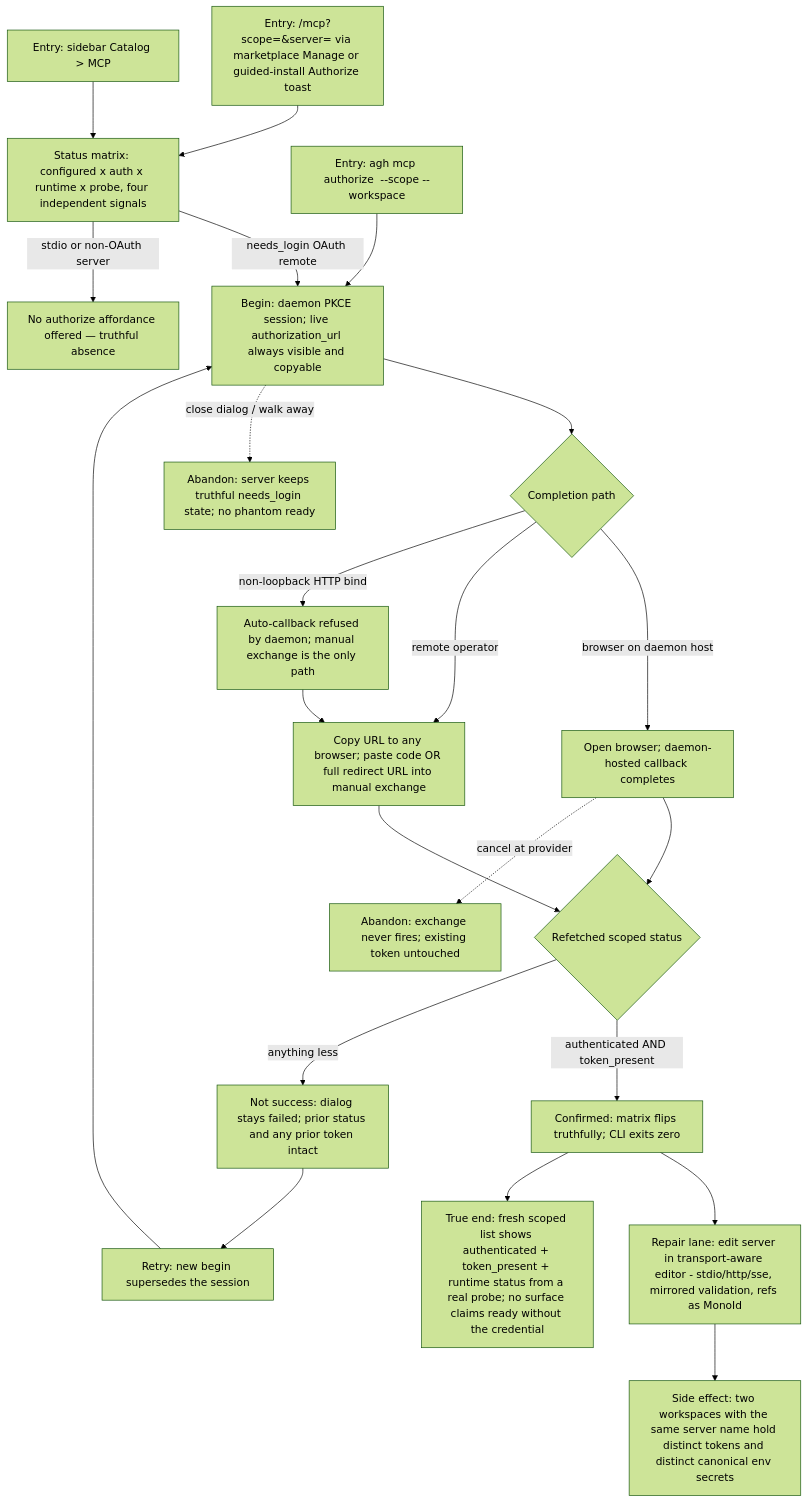
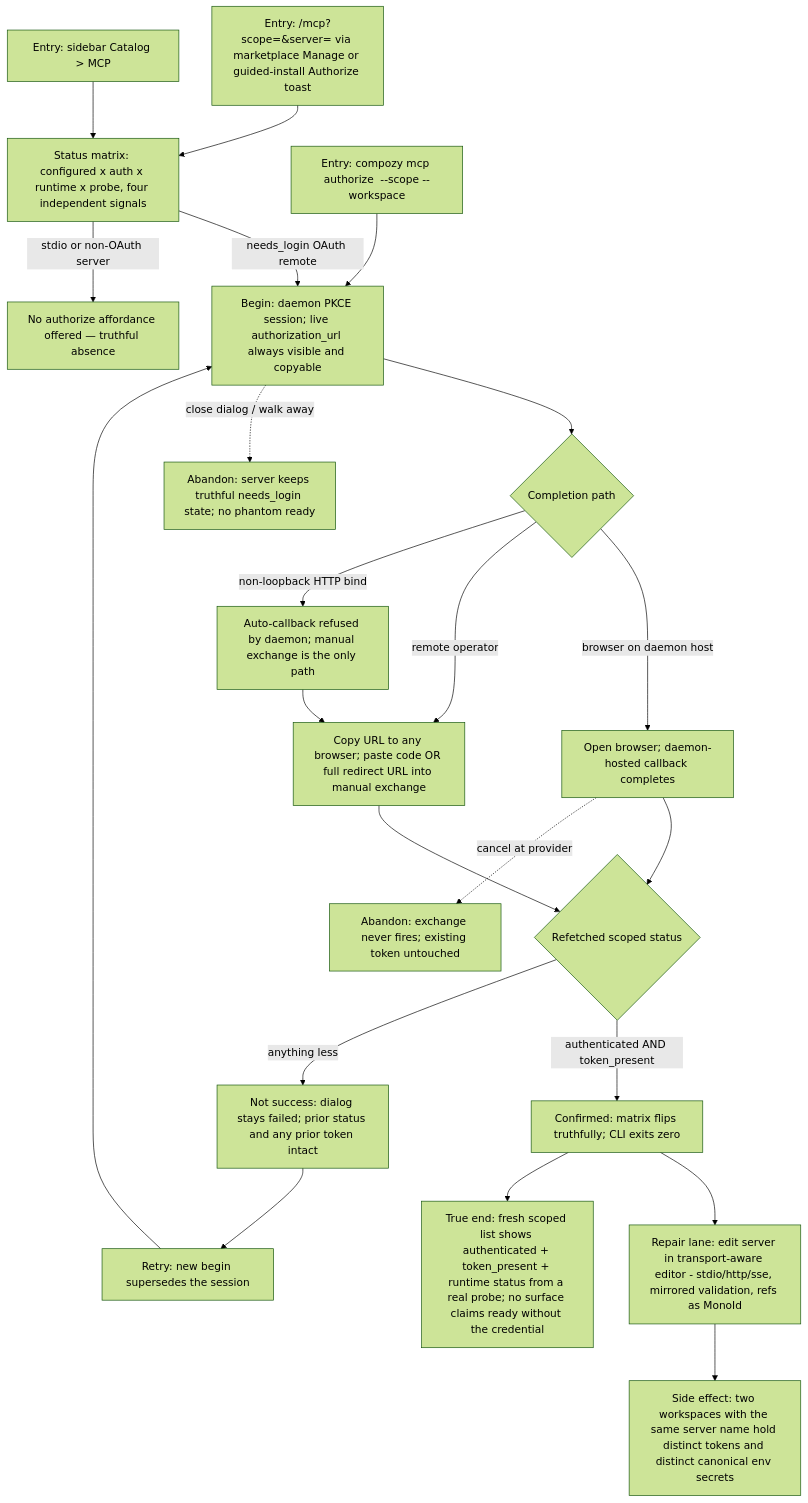
One commit to compozy/compozy changed the diagram in docs/qa/journeys/J-mcp-authorize-repair.md. Above: the diagram before and after it, drawn with Mermaid (forest theme). The commit also changed other lines of this file and 831 other files, not shown here.

````diff
--- a/docs/qa/journeys/J-mcp-authorize-repair.md
+++ b/docs/qa/journeys/J-mcp-authorize-repair.md
@@ -5,24 +5,24 @@
 ```mermaid
 flowchart TD
   A[Entry: /mcp?scope=&server= via marketplace Manage or guided-install Authorize toast] --> B[Status matrix: configured x auth x runtime x probe, four independent signals]
-  A2[Entry: agh mcp authorize <name> --scope --workspace] --> C
+  A2[Entry: compozy mcp authorize <name> --scope --workspace] --> C
   A3[Entry: sidebar Catalog > MCP] --> B
   B -->|needs_login OAuth remote| C[Begin: daemon PKCE session; live authorization_url always visible and copyable]
   B -->|stdio or non-OAuth server| B2[No authorize affordance offered — truthful absence]
   C --> D{Completion path}
   D -->|browser on daemon host| E[Open browser; daemon-hosted callback completes]
   D -->|remote operator| F[Copy URL to any browser; paste code OR full redirect URL into manual exchange]
   D -->|non-loopback HTTP bind| F2[Auto-callback refused by daemon; manual exchange is the only path]
   F2 --> F
   E --> G{Refetched scoped status}
   F --> G
   G -->|authenticated AND token_present| H[Confirmed: matrix flips truthfully; CLI exits zero]
   G -->|anything less| I[Not success: dialog stays failed; prior status and any prior token intact]
   I --> C2[Retry: new begin supersedes the session]
   C2 --> C
   C -.->|close dialog / walk away| X1[Abandon: server keeps truthful needs_login state; no phantom ready]
   E -.->|cancel at provider| X2[Abandon: exchange never fires; existing token untouched]
   H --> J[Repair lane: edit server in transport-aware editor - stdio/http/sse, mirrored validation, refs as MonoId]
   J --> K[Side effect: two workspaces with the same server name hold distinct tokens and distinct canonical env secrets]
   H --> L[True end: fresh scoped list shows authenticated + token_present + runtime status from a real probe; no surface claims ready without the credential]
 ```
````
